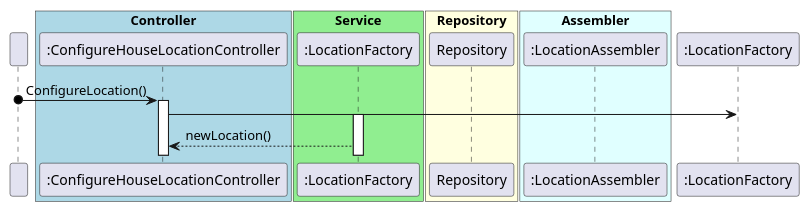
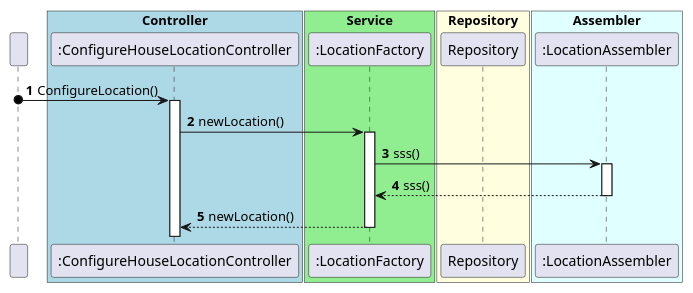
One commit to olivDiogo/SmartHome changed the diagram in docs/ood/sequenceDiagram/US01configureHouseLocation.puml. Above: the diagram before and after it, drawn with PlantUML.

Commit message:
#142 Implemented Sequence Diagram for US01.

```diff
--- a/docs/ood/sequenceDiagram/US01configureHouseLocation.puml
+++ b/docs/ood/sequenceDiagram/US01configureHouseLocation.puml
@@ -1,34 +1,47 @@
 @startuml
 
 participant " "
 box "Controller" #LightBlue
 participant ":ConfigureHouseLocationController" as ConfigureHouseLocationController
-
 end box
 box "Service" #LightGreen
-participant ":LocationFactory" as LocationFactory
+participant ":LocationFactory" as Service
 end box
 box "Repository" #LightYellow
 participant "Repository" as Repository
 end box
 box "Assembler" #LightCyan
 participant ":LocationAssembler" as Assembler
+end box
+autonumber
 
-end box
 " " o-> ConfigureHouseLocationController : ConfigureLocation()
-activate ConfigureHouseLocationController
-ConfigureHouseLocationController -> ":LocationFactory"
-activate LocationFactory
-LocationFactory --> "ConfigureHouseLocationController" : newLocation()
+
+activate "ConfigureHouseLocationController"
+
+ConfigureHouseLocationController -> "Service" : newLocation()
+activate Service
+
+Service -> "Assembler" : sss()
+activate Assembler
+"Assembler" --> Service : sss()
+deactivate Assembler
+Service --> "ConfigureHouseLocationController" : newLocation()
+
+deactivate Service
+
+
+
+
 
 
 
 
 
 
 
 
 
 
 
 @enduml
```
